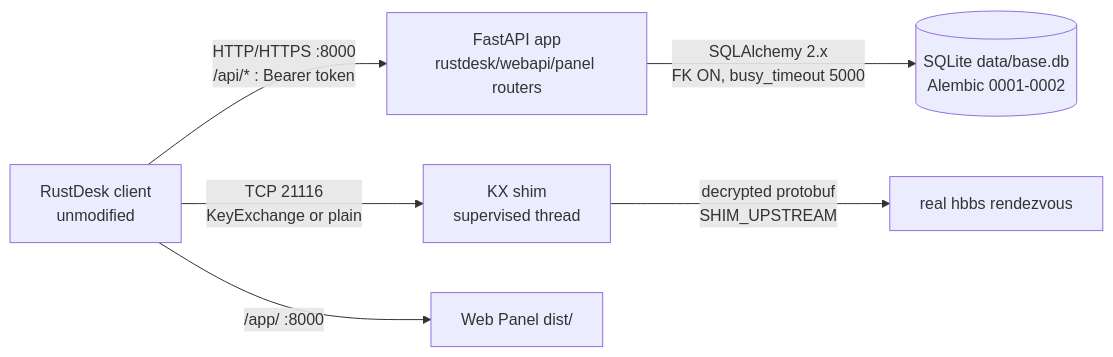
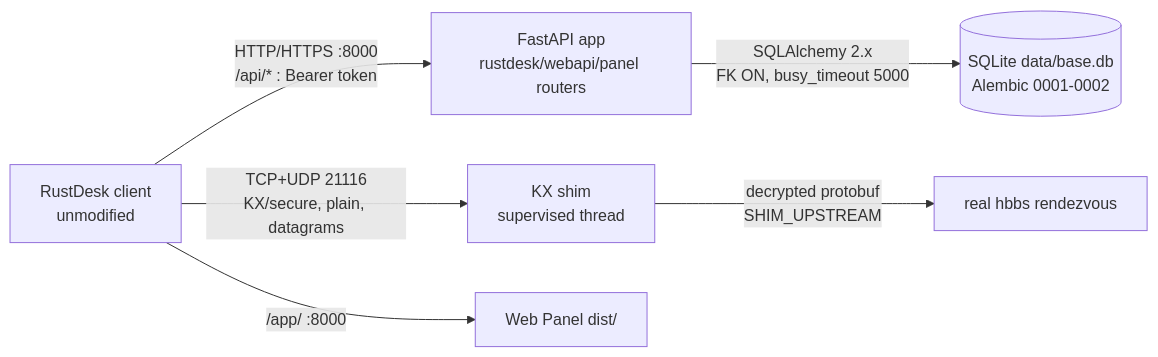
The diagram in docs/en.md (iinxn/rustdesk-address-book-api), drawn with Mermaid before and after one commit. The commit also changed other lines of this file and 3 other files, not shown here.

Commit message:
feat: implement UDP relay functionality in shim and update documentation

````diff
--- a/docs/en.md
+++ b/docs/en.md
@@ -133,9 +133,9 @@
 ```mermaid
 flowchart LR
     C[RustDesk client<br/>unmodified]
     C -->|HTTP/HTTPS :8000<br/>/api/* : Bearer token| API[FastAPI app<br/>rustdesk/webapi/panel routers]
-    C -->|TCP 21116<br/>KeyExchange or plain| SHIM[KX shim<br/>supervised thread]
+    C -->|TCP+UDP 21116<br/>KX/secure, plain, datagrams| SHIM[KX shim<br/>supervised thread]
     SHIM -->|decrypted protobuf<br/>SHIM_UPSTREAM| HBBS[real hbbs rendezvous]
     C -->|/app/ :8000| SPA[Web Panel dist/]
     API -->|SQLAlchemy 2.x<br/>FK ON, busy_timeout 5000| DB[(SQLite data/base.db<br/>Alembic 0001-0002)]
 ```
````
